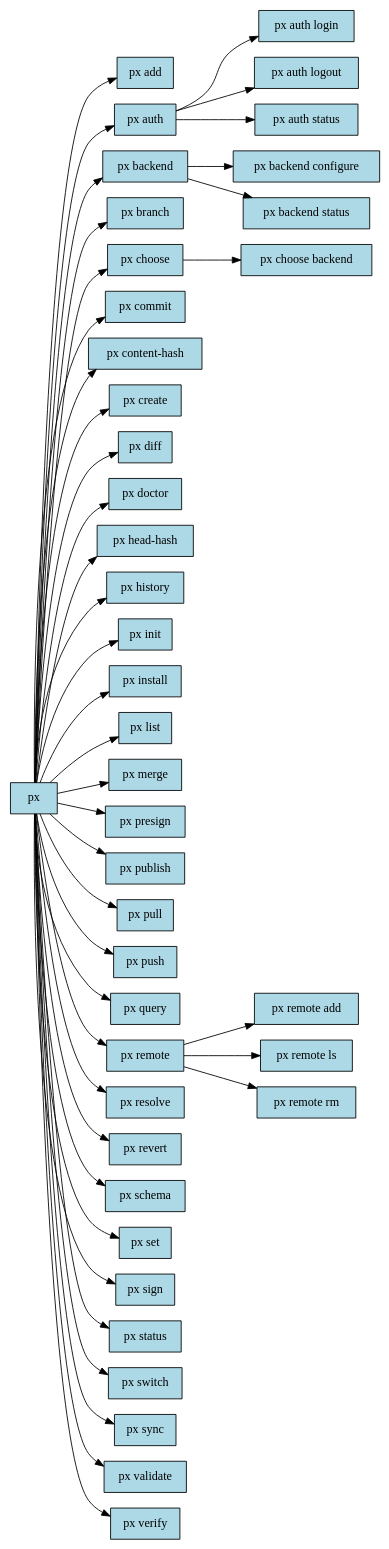
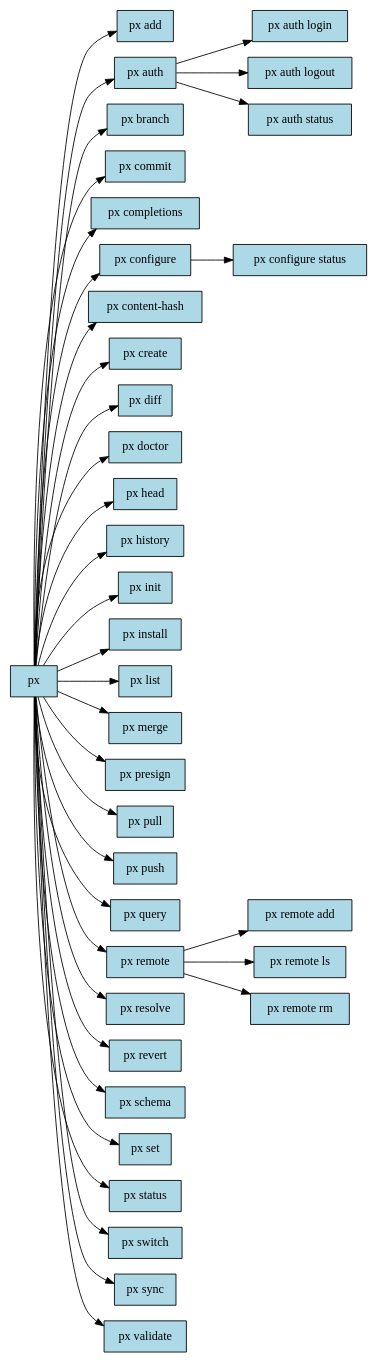
One commit to portalshq/narrativeengine changed the diagram in docs/generated/commands.dot. Above: the diagram before and after it, drawn with Graphviz. The commit also changed 42 other files, not shown here.

```diff
--- a/docs/generated/commands.dot
+++ b/docs/generated/commands.dot
@@ -1,87 +1,77 @@
 digraph px_commands {
     rankdir=LR;
     node [shape=box, style=filled, fillcolor=lightblue];
     
     "add" [label="px add"];
     "px" -> "add";
     "auth" [label="px auth"];
     "px" -> "auth";
     "auth_login" [label="px auth login"];
     "auth" -> "auth_login";
     "auth_logout" [label="px auth logout"];
     "auth" -> "auth_logout";
     "auth_status" [label="px auth status"];
     "auth" -> "auth_status";
-    "backend" [label="px backend"];
-    "px" -> "backend";
-    "backend_configure" [label="px backend configure"];
-    "backend" -> "backend_configure";
-    "backend_status" [label="px backend status"];
-    "backend" -> "backend_status";
     "branch" [label="px branch"];
     "px" -> "branch";
-    "choose" [label="px choose"];
-    "px" -> "choose";
-    "choose_backend" [label="px choose backend"];
-    "choose" -> "choose_backend";
     "commit" [label="px commit"];
     "px" -> "commit";
+    "completions" [label="px completions"];
+    "px" -> "completions";
+    "configure" [label="px configure"];
+    "px" -> "configure";
+    "configure_status" [label="px configure status"];
+    "configure" -> "configure_status";
     "content-hash" [label="px content-hash"];
     "px" -> "content-hash";
     "create" [label="px create"];
     "px" -> "create";
     "diff" [label="px diff"];
     "px" -> "diff";
     "doctor" [label="px doctor"];
     "px" -> "doctor";
-    "head-hash" [label="px head-hash"];
-    "px" -> "head-hash";
+    "head" [label="px head"];
+    "px" -> "head";
     "history" [label="px history"];
     "px" -> "history";
     "init" [label="px init"];
     "px" -> "init";
     "install" [label="px install"];
     "px" -> "install";
     "list" [label="px list"];
     "px" -> "list";
     "merge" [label="px merge"];
     "px" -> "merge";
     "presign" [label="px presign"];
     "px" -> "presign";
-    "publish" [label="px publish"];
-    "px" -> "publish";
     "pull" [label="px pull"];
     "px" -> "pull";
     "push" [label="px push"];
     "px" -> "push";
     "query" [label="px query"];
     "px" -> "query";
     "remote" [label="px remote"];
     "px" -> "remote";
     "remote_add" [label="px remote add"];
     "remote" -> "remote_add";
     "remote_ls" [label="px remote ls"];
     "remote" -> "remote_ls";
     "remote_rm" [label="px remote rm"];
     "remote" -> "remote_rm";
     "resolve" [label="px resolve"];
     "px" -> "resolve";
     "revert" [label="px revert"];
     "px" -> "revert";
     "schema" [label="px schema"];
     "px" -> "schema";
     "set" [label="px set"];
     "px" -> "set";
-    "sign" [label="px sign"];
-    "px" -> "sign";
     "status" [label="px status"];
     "px" -> "status";
     "switch" [label="px switch"];
     "px" -> "switch";
     "sync" [label="px sync"];
     "px" -> "sync";
     "validate" [label="px validate"];
     "px" -> "validate";
-    "verify" [label="px verify"];
-    "px" -> "verify";
 }
```
